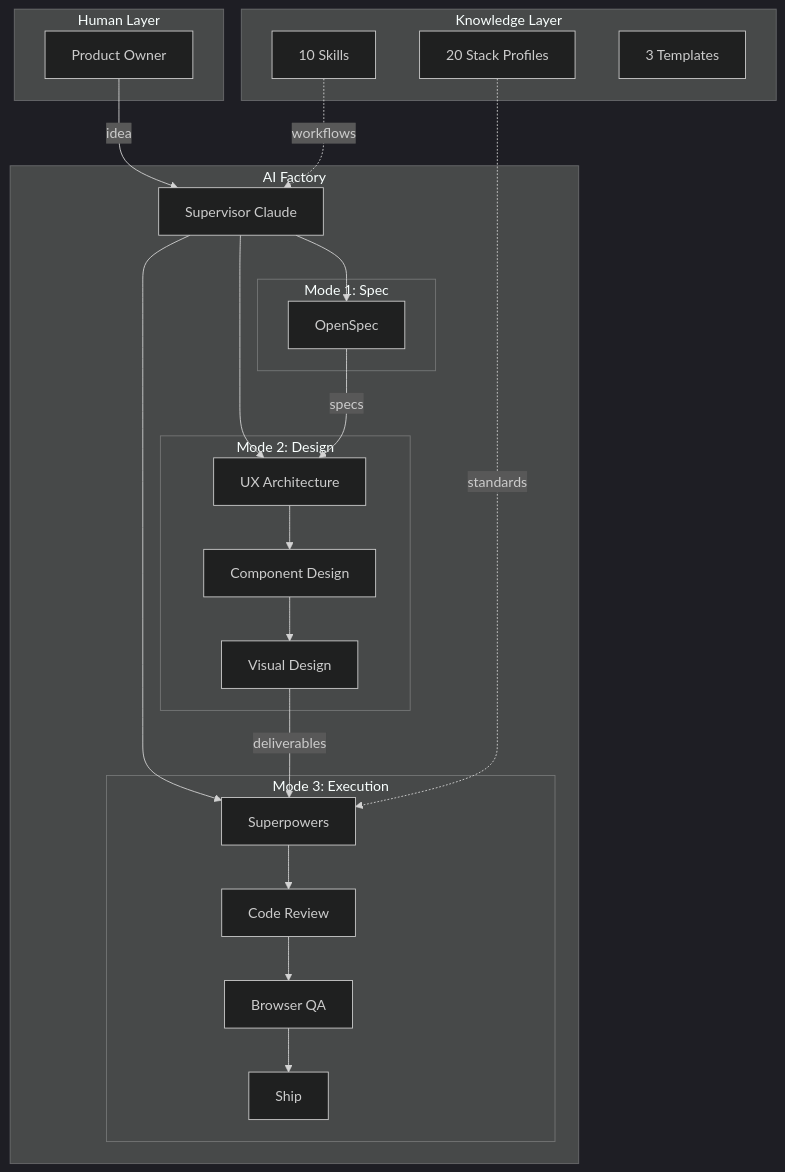
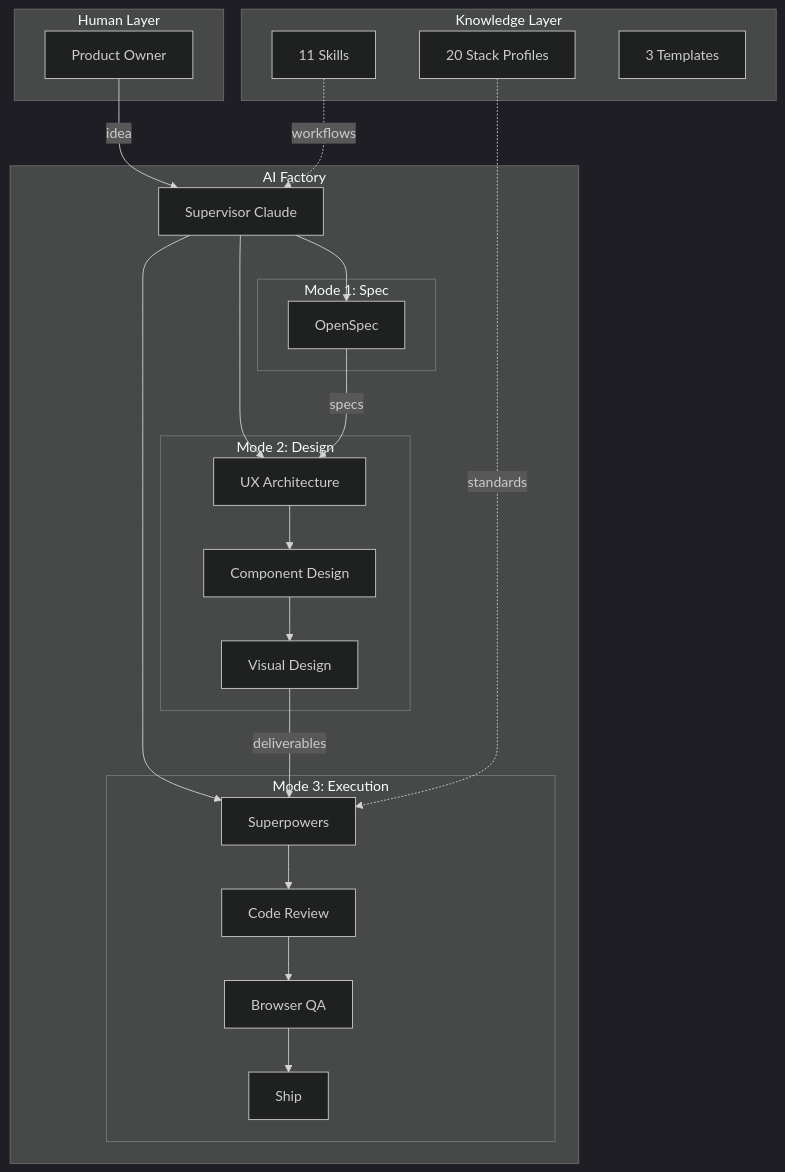
Before and after one commit to gregario/AI-Factory: the third of 3 diagrams in README.md, drawn with Mermaid (dark theme). The commit also changed other lines of this file and 4 other files, not shown here.

````diff
--- a/README.md
+++ b/README.md
@@ -101,46 +101,46 @@
 ```mermaid
 graph TB
     subgraph "Human Layer"
         PO["Product Owner"]
     end
 
     subgraph "AI Factory"
         SUP["Supervisor Claude"]
 
         subgraph "Mode 1: Spec"
             OS["OpenSpec"]
         end
 
         subgraph "Mode 2: Design"
             UX["UX Architecture"]
             CD["Component Design"]
             VD["Visual Design"]
         end
 
         subgraph "Mode 3: Execution"
             SP["Superpowers"]
             CR["Code Review"]
             QA["Browser QA"]
             SH["Ship"]
         end
     end
 
     subgraph "Knowledge Layer"
         ST["20 Stack Profiles"]
-        SK["10 Skills"]
+        SK["11 Skills"]
         TM["3 Templates"]
     end
 
     PO -->|"idea"| SUP
     SUP --> OS
     SUP --> UX
     SUP --> SP
 
     OS -->|"specs"| UX
     UX --> CD --> VD
     VD -->|"deliverables"| SP
     SP --> CR --> QA --> SH
 
     ST -.->|"standards"| SP
     SK -.->|"workflows"| SUP
 ```
````
